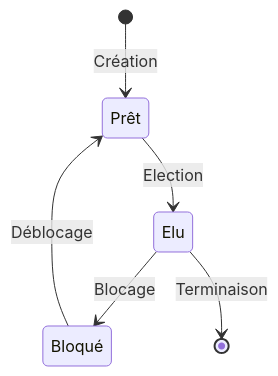
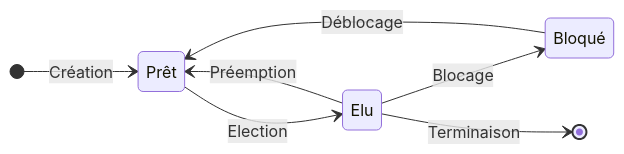
The diagram in terminale/Architecture des machines/Gestion_des_processus_et_des_ressources.md (boddaert/nsi), drawn with Mermaid before and after one commit.

````diff
--- a/terminale/Architecture des machines/Gestion_des_processus_et_des_ressources.md
+++ b/terminale/Architecture des machines/Gestion_des_processus_et_des_ressources.md
@@ -33,8 +33,10 @@
 ```mermaid
 stateDiagram-v2
+    direction LR
     [*] --> Prêt : Création
     Prêt --> Elu : Election
+    Elu --> Prêt : Préemption
     Elu --> Bloqué : Blocage
     Elu --> [*] : Terminaison
     Bloqué --> Prêt : Déblocage
 ```
````
